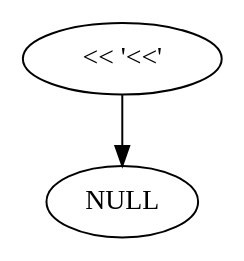
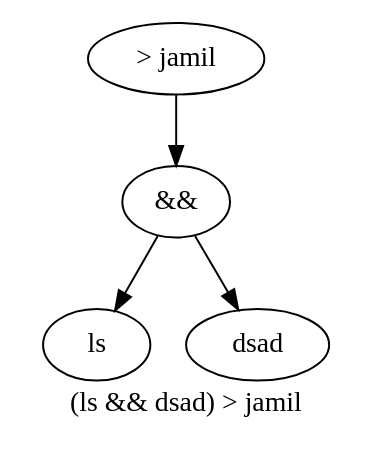
The diagram in tree.dot (YeGoRenji/minishell-1337), drawn with Graphviz before and after one commit. The commit also changed 6 other files, not shown here.

```diff
--- a/tree.dot
+++ b/tree.dot
@@ -1,5 +1,10 @@
 digraph yep {
-	n0[label="<< '<<'"];
+	label="(ls && dsad) > jamil"
+	n0[label="> jamil"];
 	n0 -> n1;
-	n1[label="NULL"];
+	n1[label="&&"];
+	n1 -> n3;
+	n1 -> n4;
+	n3[label="ls "];
+	n4[label="dsad "];
 }
```
